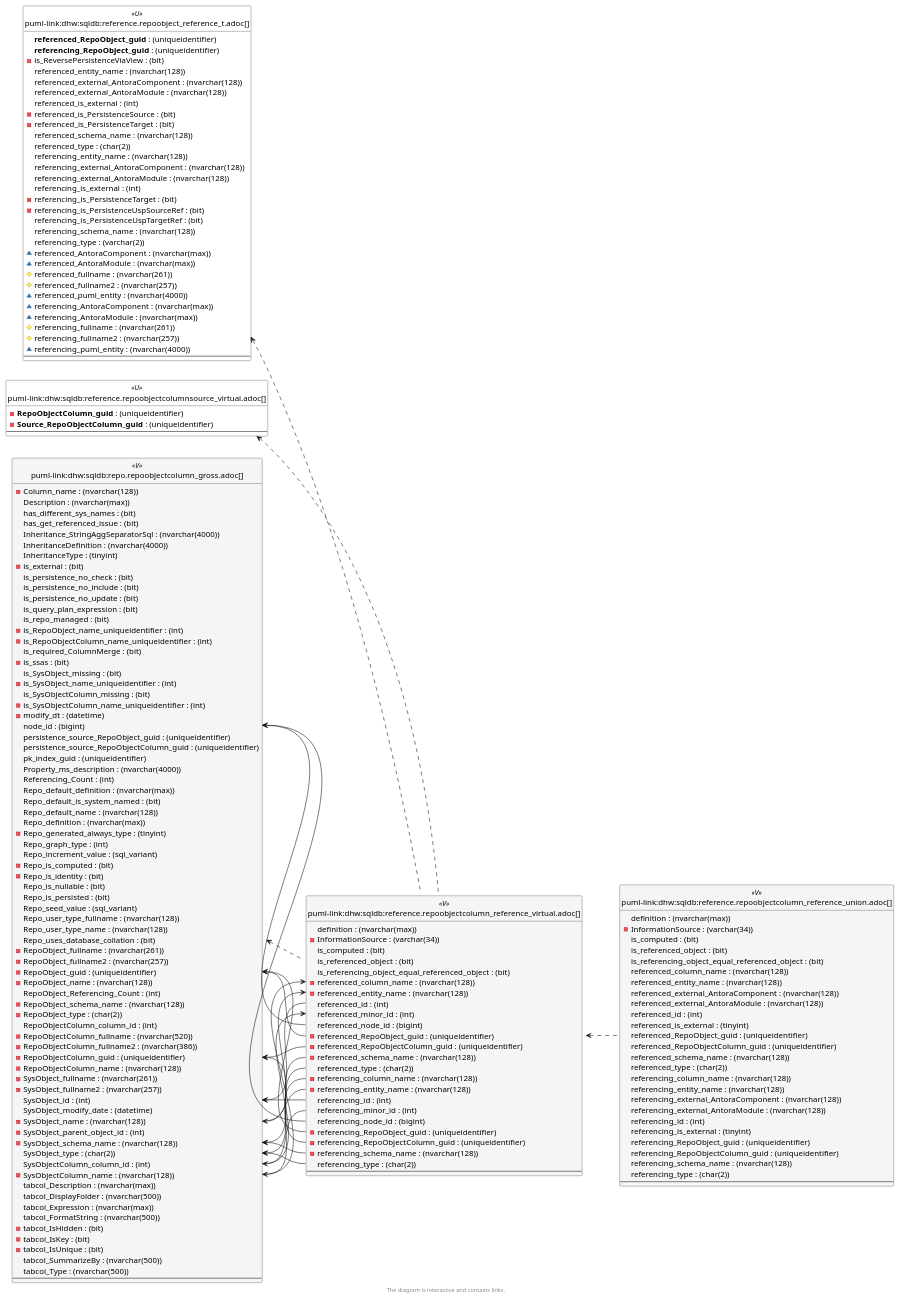
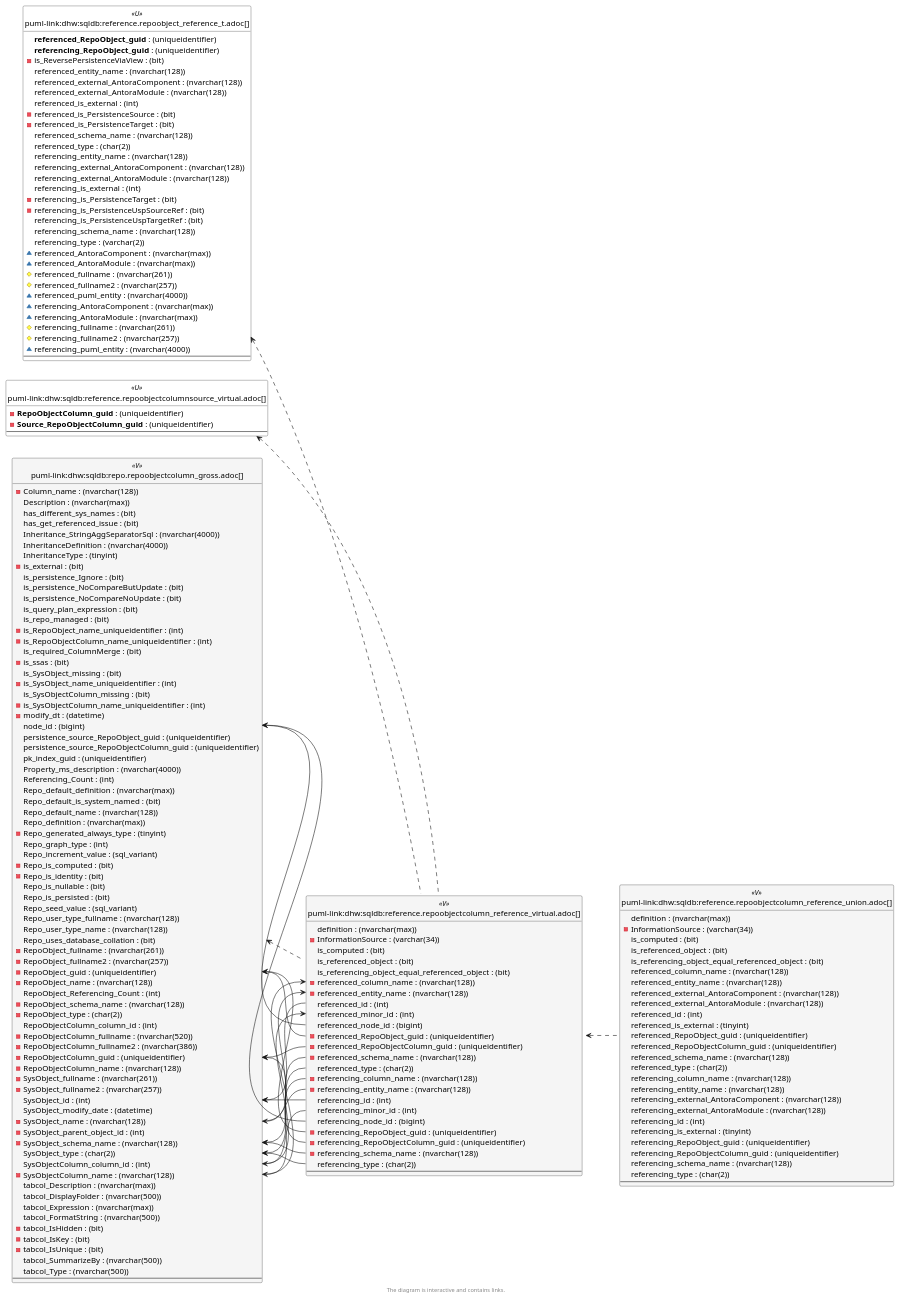
The sixth of 6 diagrams in docs/modules/sqldb/partials/content/reference.repoobjectcolumn_reference_virtual.adoc (DataHandwerk/dhw-antora-sqldb), drawn with PlantUML before and after one commit. The commit also changed other lines of this file and 751 other files, not shown here.

```diff
--- a/docs/modules/sqldb/partials/content/reference.repoobjectcolumn_reference_virtual.adoc
+++ b/docs/modules/sqldb/partials/content/reference.repoobjectcolumn_reference_virtual.adoc
@@ -2542,9 +2553,9 @@
   InheritanceDefinition : (nvarchar(4000))
   InheritanceType : (tinyint)
   - is_external : (bit)
-  is_persistence_no_check : (bit)
-  is_persistence_no_include : (bit)
-  is_persistence_no_update : (bit)
+  is_persistence_Ignore : (bit)
+  is_persistence_NoCompareButUpdate : (bit)
+  is_persistence_NoCompareNoUpdate : (bit)
   is_query_plan_expression : (bit)
   is_repo_managed : (bit)
   - is_RepoObject_name_uniqueidentifier : (int)
@@ -2623,14 +2634,14 @@
 "repo.RepoObjectColumn_gross::RepoObjectColumn_guid" <-- "reference.RepoObjectColumn_reference_virtual::referenced_RepoObjectColumn_guid"
 "repo.RepoObjectColumn_gross::SysObject_id" <-- "reference.RepoObjectColumn_reference_virtual::referenced_id"
 "repo.RepoObjectColumn_gross::SysObject_id" <-- "reference.RepoObjectColumn_reference_virtual::referencing_id"
+"repo.RepoObjectColumn_gross::SysObject_name" <-- "reference.RepoObjectColumn_reference_virtual::referenced_entity_name"
 "repo.RepoObjectColumn_gross::SysObject_name" <-- "reference.RepoObjectColumn_reference_virtual::referencing_entity_name"
-"repo.RepoObjectColumn_gross::SysObject_name" <-- "reference.RepoObjectColumn_reference_virtual::referenced_entity_name"
 "repo.RepoObjectColumn_gross::SysObject_schema_name" <-- "reference.RepoObjectColumn_reference_virtual::referencing_schema_name"
 "repo.RepoObjectColumn_gross::SysObject_schema_name" <-- "reference.RepoObjectColumn_reference_virtual::referenced_schema_name"
+"repo.RepoObjectColumn_gross::SysObject_type" <-- "reference.RepoObjectColumn_reference_virtual::referenced_type"
 "repo.RepoObjectColumn_gross::SysObject_type" <-- "reference.RepoObjectColumn_reference_virtual::referencing_type"
-"repo.RepoObjectColumn_gross::SysObject_type" <-- "reference.RepoObjectColumn_reference_virtual::referenced_type"
+"repo.RepoObjectColumn_gross::SysObjectColumn_column_id" <-- "reference.RepoObjectColumn_reference_virtual::referenced_minor_id"
 "repo.RepoObjectColumn_gross::SysObjectColumn_column_id" <-- "reference.RepoObjectColumn_reference_virtual::referencing_minor_id"
-"repo.RepoObjectColumn_gross::SysObjectColumn_column_id" <-- "reference.RepoObjectColumn_reference_virtual::referenced_minor_id"
 "repo.RepoObjectColumn_gross::SysObjectColumn_name" <-- "reference.RepoObjectColumn_reference_virtual::referenced_column_name"
 "repo.RepoObjectColumn_gross::SysObjectColumn_name" <-- "reference.RepoObjectColumn_reference_virtual::referencing_column_name"
 
```
